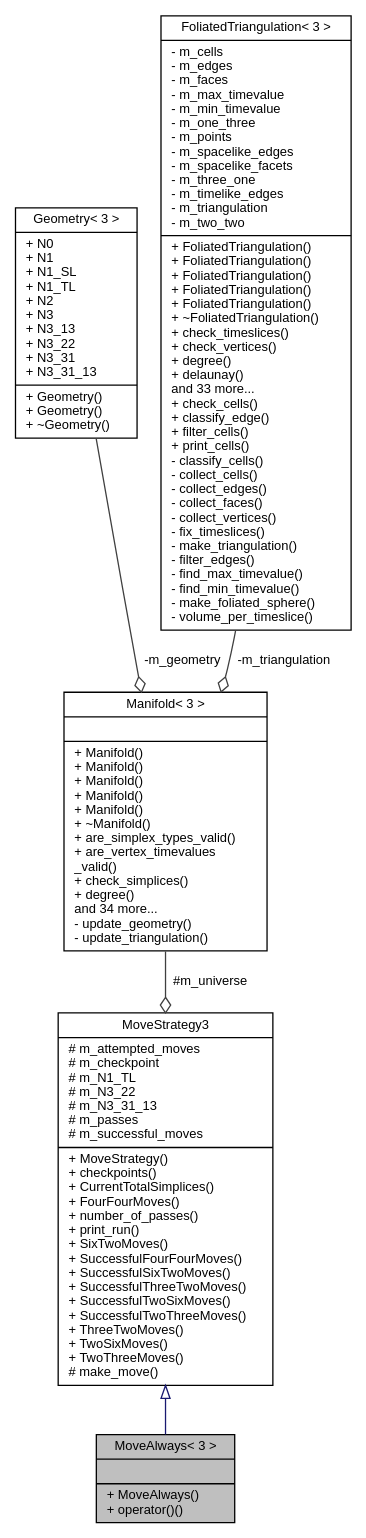
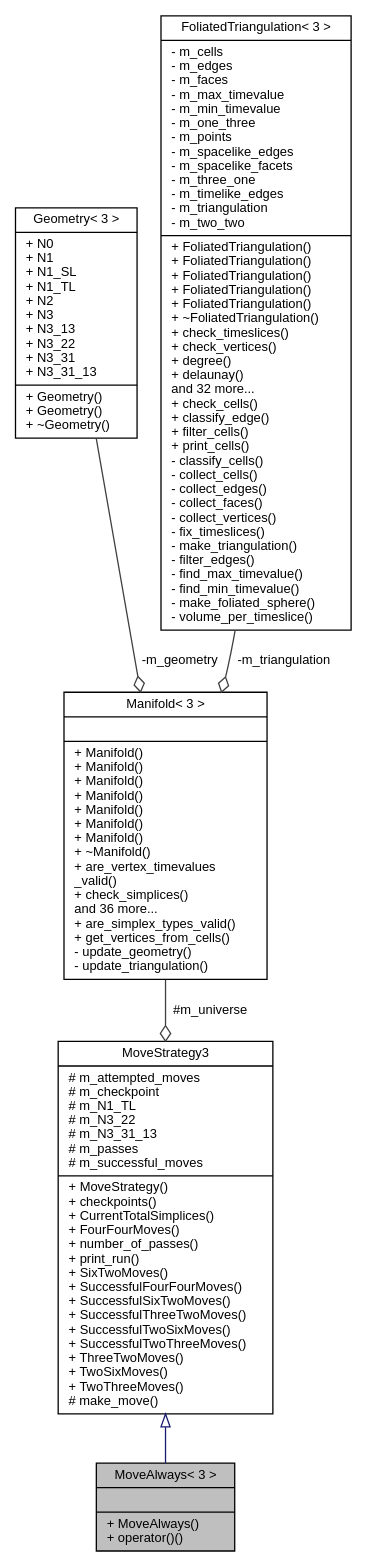
Before and after one commit to acgetchell/CDT-plusplus: the diagram in class_move_always_3_013_01_4__coll__graph.dot, drawn with Graphviz. The commit also changed 262 other files, not shown here.

```diff
--- a/class_move_always_3_013_01_4__coll__graph.dot
+++ b/class_move_always_3_013_01_4__coll__graph.dot
@@ -1,15 +1,15 @@
 digraph "MoveAlways&lt; 3 &gt;"
 {
  // LATEX_PDF_SIZE
   edge [fontname="Helvetica",fontsize="10",labelfontname="Helvetica",labelfontsize="10"];
   node [fontname="Helvetica",fontsize="10",shape=record];
   Node1 [label="{MoveAlways\< 3 \>\n||+ MoveAlways()\l+ operator()()\l}",height=0.2,width=0.4,color="black", fillcolor="grey75", style="filled", fontcolor="black",tooltip=" "];
   Node2 -> Node1 [dir="back",color="midnightblue",fontsize="10",style="solid",arrowtail="onormal",fontname="Helvetica"];
   Node2 [label="{MoveStrategy3\n|# m_attempted_moves\l# m_checkpoint\l# m_N1_TL\l# m_N3_22\l# m_N3_31_13\l# m_passes\l# m_successful_moves\l|+ MoveStrategy()\l+ checkpoints()\l+ CurrentTotalSimplices()\l+ FourFourMoves()\l+ number_of_passes()\l+ print_run()\l+ SixTwoMoves()\l+ SuccessfulFourFourMoves()\l+ SuccessfulSixTwoMoves()\l+ SuccessfulThreeTwoMoves()\l+ SuccessfulTwoSixMoves()\l+ SuccessfulTwoThreeMoves()\l+ ThreeTwoMoves()\l+ TwoSixMoves()\l+ TwoThreeMoves()\l# make_move()\l}",height=0.2,width=0.4,color="black", fillcolor="white", style="filled",URL="$class_move_strategy_3_013_01_4.html",tooltip=" "];
   Node3 -> Node2 [color="grey25",fontsize="10",style="solid",label=" #m_universe" ,arrowhead="odiamond",fontname="Helvetica"];
-  Node3 [label="{Manifold\< 3 \>\n||+ Manifold()\l+ Manifold()\l+ Manifold()\l+ Manifold()\l+ Manifold()\l+ ~Manifold()\l+ are_simplex_types_valid()\l+ are_vertex_timevalues\l_valid()\l+ check_simplices()\l+ degree()\land 34 more...\l- update_geometry()\l- update_triangulation()\l}",height=0.2,width=0.4,color="black", fillcolor="white", style="filled",URL="$class_manifold_3_013_01_4.html",tooltip="3D Manifold"];
+  Node3 [label="{Manifold\< 3 \>\n||+ Manifold()\l+ Manifold()\l+ Manifold()\l+ Manifold()\l+ Manifold()\l+ Manifold()\l+ Manifold()\l+ ~Manifold()\l+ are_vertex_timevalues\l_valid()\l+ check_simplices()\land 36 more...\l+ are_simplex_types_valid()\l+ get_vertices_from_cells()\l- update_geometry()\l- update_triangulation()\l}",height=0.2,width=0.4,color="black", fillcolor="white", style="filled",URL="$class_manifold_3_013_01_4.html",tooltip="3D Manifold"];
   Node4 -> Node3 [color="grey25",fontsize="10",style="solid",label=" -m_geometry" ,arrowhead="odiamond",fontname="Helvetica"];
   Node4 [label="{Geometry\< 3 \>\n|+ N0\l+ N1\l+ N1_SL\l+ N1_TL\l+ N2\l+ N3\l+ N3_13\l+ N3_22\l+ N3_31\l+ N3_31_13\l|+ Geometry()\l+ Geometry()\l+ ~Geometry()\l}",height=0.2,width=0.4,color="black", fillcolor="white", style="filled",URL="$struct_geometry_3_013_01_4.html",tooltip="3D Geometry"];
   Node5 -> Node3 [color="grey25",fontsize="10",style="solid",label=" -m_triangulation" ,arrowhead="odiamond",fontname="Helvetica"];
-  Node5 [label="{FoliatedTriangulation\< 3 \>\n|- m_cells\l- m_edges\l- m_faces\l- m_max_timevalue\l- m_min_timevalue\l- m_one_three\l- m_points\l- m_spacelike_edges\l- m_spacelike_facets\l- m_three_one\l- m_timelike_edges\l- m_triangulation\l- m_two_two\l|+ FoliatedTriangulation()\l+ FoliatedTriangulation()\l+ FoliatedTriangulation()\l+ FoliatedTriangulation()\l+ FoliatedTriangulation()\l+ ~FoliatedTriangulation()\l+ check_timeslices()\l+ check_vertices()\l+ degree()\l+ delaunay()\land 33 more...\l+ check_cells()\l+ classify_edge()\l+ filter_cells()\l+ print_cells()\l- classify_cells()\l- collect_cells()\l- collect_edges()\l- collect_faces()\l- collect_vertices()\l- fix_timeslices()\l- make_triangulation()\l- filter_edges()\l- find_max_timevalue()\l- find_min_timevalue()\l- make_foliated_sphere()\l- volume_per_timeslice()\l}",height=0.2,width=0.4,color="black", fillcolor="white", style="filled",URL="$class_foliated_triangulation_3_013_01_4.html",tooltip="3D Triangulation"];
+  Node5 [label="{FoliatedTriangulation\< 3 \>\n|- m_cells\l- m_edges\l- m_faces\l- m_max_timevalue\l- m_min_timevalue\l- m_one_three\l- m_points\l- m_spacelike_edges\l- m_spacelike_facets\l- m_three_one\l- m_timelike_edges\l- m_triangulation\l- m_two_two\l|+ FoliatedTriangulation()\l+ FoliatedTriangulation()\l+ FoliatedTriangulation()\l+ FoliatedTriangulation()\l+ FoliatedTriangulation()\l+ ~FoliatedTriangulation()\l+ check_timeslices()\l+ check_vertices()\l+ degree()\l+ delaunay()\land 32 more...\l+ check_cells()\l+ classify_edge()\l+ filter_cells()\l+ print_cells()\l- classify_cells()\l- collect_cells()\l- collect_edges()\l- collect_faces()\l- collect_vertices()\l- fix_timeslices()\l- make_triangulation()\l- filter_edges()\l- find_max_timevalue()\l- find_min_timevalue()\l- make_foliated_sphere()\l- volume_per_timeslice()\l}",height=0.2,width=0.4,color="black", fillcolor="white", style="filled",URL="$class_foliated_triangulation_3_013_01_4.html",tooltip="3D Triangulation"];
 }
```
